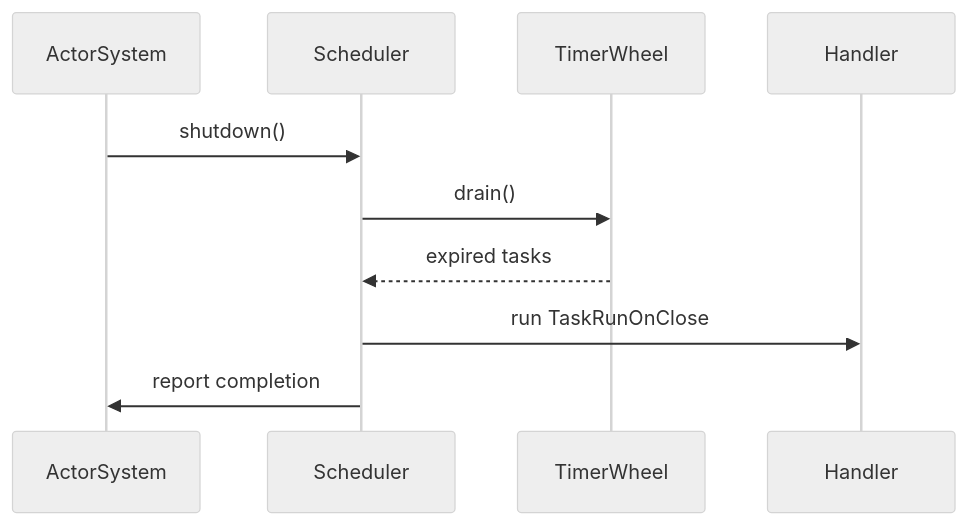
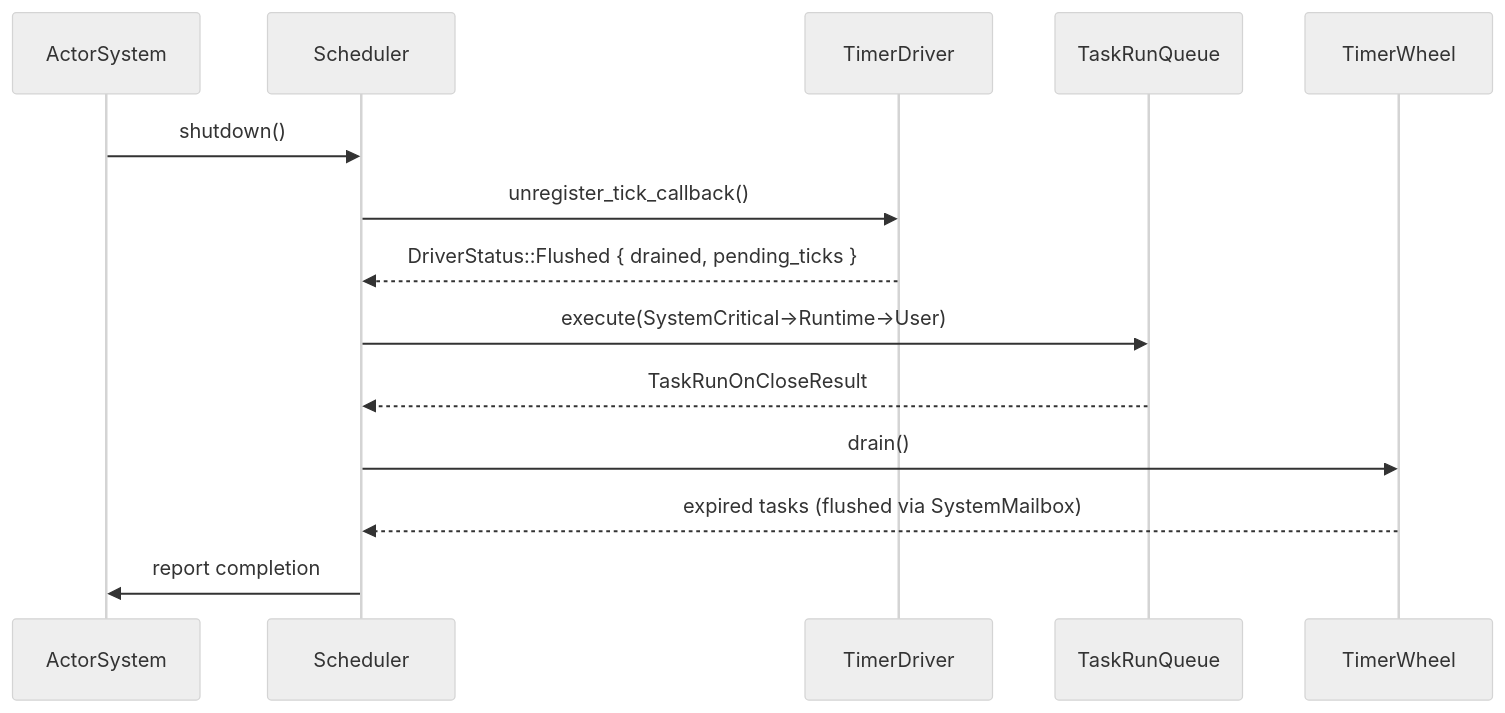
Before and after one commit to j5ik2o/fraktor-rs: the third of 6 diagrams in .kiro/specs/pekko-compatible-scheduler/design.md, drawn with Mermaid (neutral theme). The commit also changed other lines of this file, not shown here.

Commit message:
feat: enhance Scheduler with ToolboxTimerDriver and fixed-rate policies

````diff
--- a/.kiro/specs/pekko-compatible-scheduler/design.md
+++ b/.kiro/specs/pekko-compatible-scheduler/design.md
@@ -107,11 +121,16 @@
 ```mermaid
 sequenceDiagram
   participant ActorSystem
   participant Scheduler
+  participant TimerDriver
+  participant TaskRunQueue
   participant TimerWheel
   ActorSystem->>Scheduler: shutdown()
+  Scheduler->>TimerDriver: unregister_tick_callback()
+  TimerDriver-->>Scheduler: DriverStatus::Flushed { drained, pending_ticks }
+  Scheduler->>TaskRunQueue: execute(SystemCritical→Runtime→User)
+  TaskRunQueue-->>Scheduler: TaskRunOnCloseResult
   Scheduler->>TimerWheel: drain()
-  TimerWheel-->>Scheduler: expired tasks
-  Scheduler->>Handler: run TaskRunOnClose
+  TimerWheel-->>Scheduler: expired tasks (flushed via SystemMailbox)
   Scheduler->>ActorSystem: report completion
 ```
````
